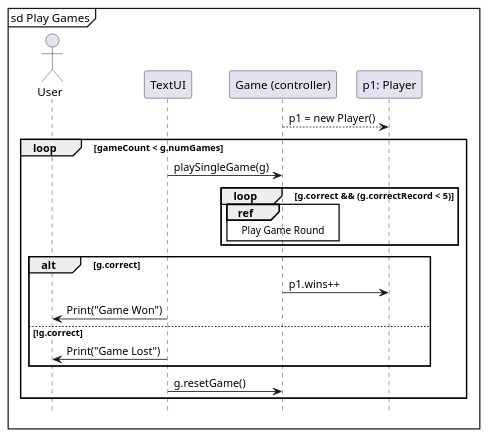
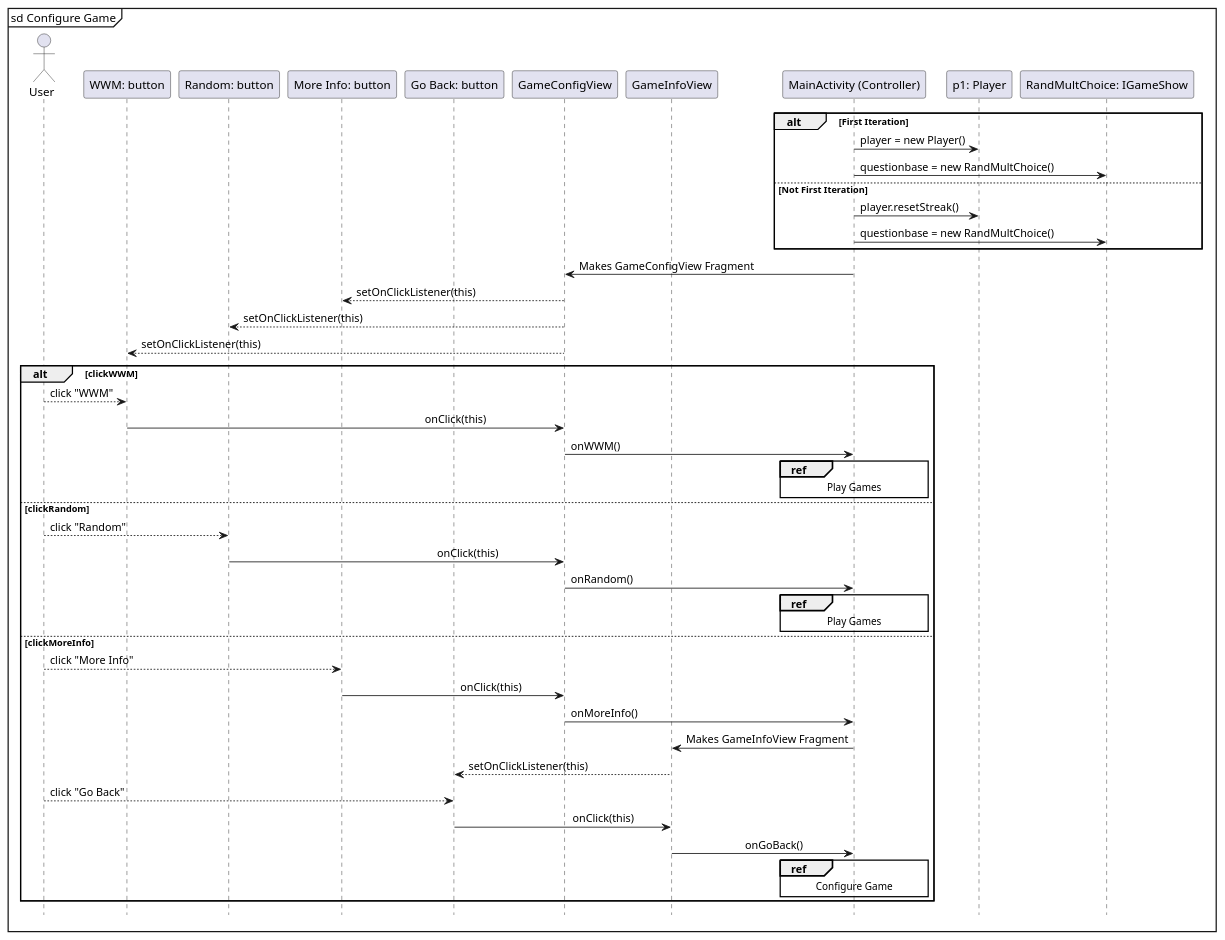
The second of 4 diagrams in android-studio-project/doc/design.md (aczar09/Trivia-Game-Android), drawn with PlantUML before and after one commit. The commit also changed other lines of this file and 8 other files, not shown here.

````diff
--- a/android-studio-project/doc/design.md
+++ b/android-studio-project/doc/design.md
@@ -75,26 +184,54 @@
 ```plantuml
 @startuml
 hide footbox
-mainframe sd Play Games
-actor "User" as us 
-participant "TextUI" as tui 
-participant "Game (controller)" as clr 
-participant "p1: Player" as p1
-clr --> p1: p1 = new Player()
-loop gameCount < g.numGames
-tui -> clr: playSingleGame(g)
-loop g.correct && (g.correctRecord < 5)
+mainFrame sd Configure Game
+actor us as "User"
+participant wwmb as "WWM: button"
+participant rand as "Random: button"
+participant ginfo as "More Info: button"
+participant gback as "Go Back: button"
+participant GCV as "GameConfigView"
+participant MIV as "GameInfoView"
+participant clr as "MainActivity (Controller)"
+participant p1 as "p1: Player"
+participant gs as "RandMultChoice: IGameShow"
+alt First Iteration
+clr -> p1 :player = new Player()
+clr -> gs: questionbase = new RandMultChoice()
+else Not First Iteration
+clr -> p1: player.resetStreak()
+clr -> gs: questionbase = new RandMultChoice()
+end
+clr -> GCV: Makes GameConfigView Fragment
+GCV --> ginfo: setOnClickListener(this)
+GCV --> rand: setOnClickListener(this)
+GCV --> wwmb: setOnClickListener(this)
+alt clickWWM
+us --> wwmb: click "WWM"
+wwmb -> GCV: \t\t\t\t\t\t\t\t\t\t\t\t\tonClick(this)
+GCV -> clr: onWWM()
 ref over clr
-Play Game Round
+Play Games
+end
+else  clickRandom
+us --> rand: click "Random"
+rand -> GCV: \t\t\t\t\t\t\t\t\tonClick(this)
+GCV -> clr: onRandom()
+ref over clr
+Play Games
+end
+else clickMoreInfo
+us --> ginfo: click "More Info"
+ginfo -> GCV: \t\t\t\t\tonClick(this)
+GCV -> clr: onMoreInfo()
+clr -> MIV: Makes GameInfoView Fragment
+MIV --> gback:setOnClickListener(this)
+us --> gback: click "Go Back"
+gback -> MIV: \t\t\t\t\tonClick(this)
+MIV -> clr:\t\t\tonGoBack()
+ref over clr
+Configure Game
 end
 end
-alt g.correct
-clr -> p1: p1.wins++
-tui -> us: Print("Game Won")
-else !g.correct
-tui -> us: Print("Game Lost")
-end
-tui -> clr: g.resetGame()
-end
-
+@endUML
 ```
````
